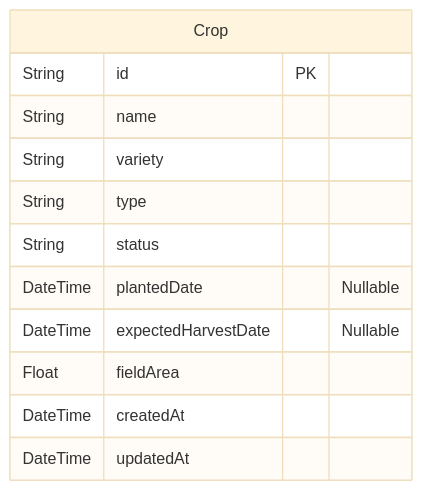
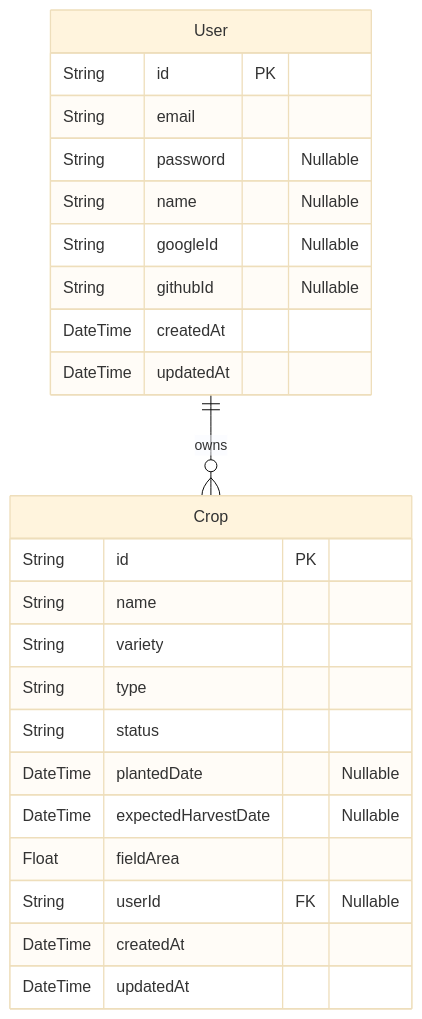
The diagram in README.md (BhumikaBahuguna/agrisarthi), drawn with Mermaid (base theme) before and after one commit. The commit also changed other lines of this file and 38 other files, not shown here.

Commit message:
feat: integrate JWT auth, bcrypt password hashing, Google/GitHub OAuth redirects, rate limits, and PDF report

````diff
--- a/README.md
+++ b/README.md
@@ -14,15 +14,27 @@
 ```mermaid
 erDiagram
+    User {
+        String id PK
+        String email
+        String password "Nullable"
+        String name "Nullable"
+        String googleId "Nullable"
+        String githubId "Nullable"
+        DateTime createdAt
+        DateTime updatedAt
+    }
     Crop {
         String id PK
         String name
         String variety
         String type
         String status
         DateTime plantedDate "Nullable"
         DateTime expectedHarvestDate "Nullable"
         Float fieldArea
+        String userId FK "Nullable"
         DateTime createdAt
         DateTime updatedAt
     }
+    User ||--o{ Crop : owns
 ```
````
